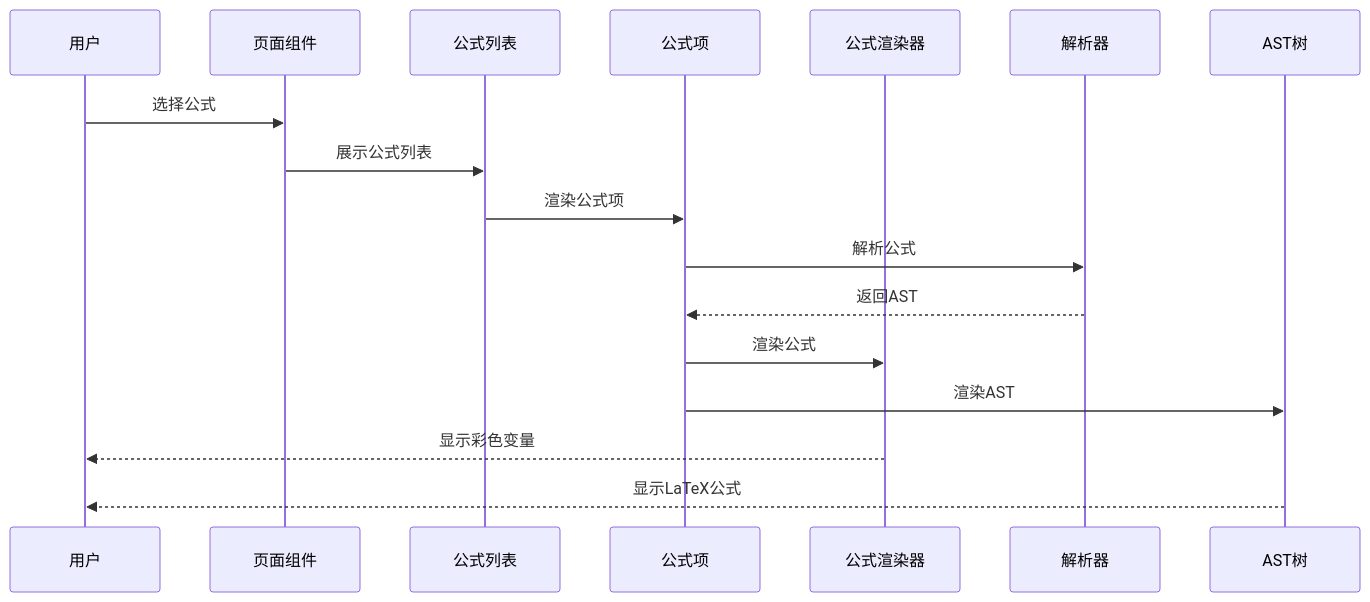
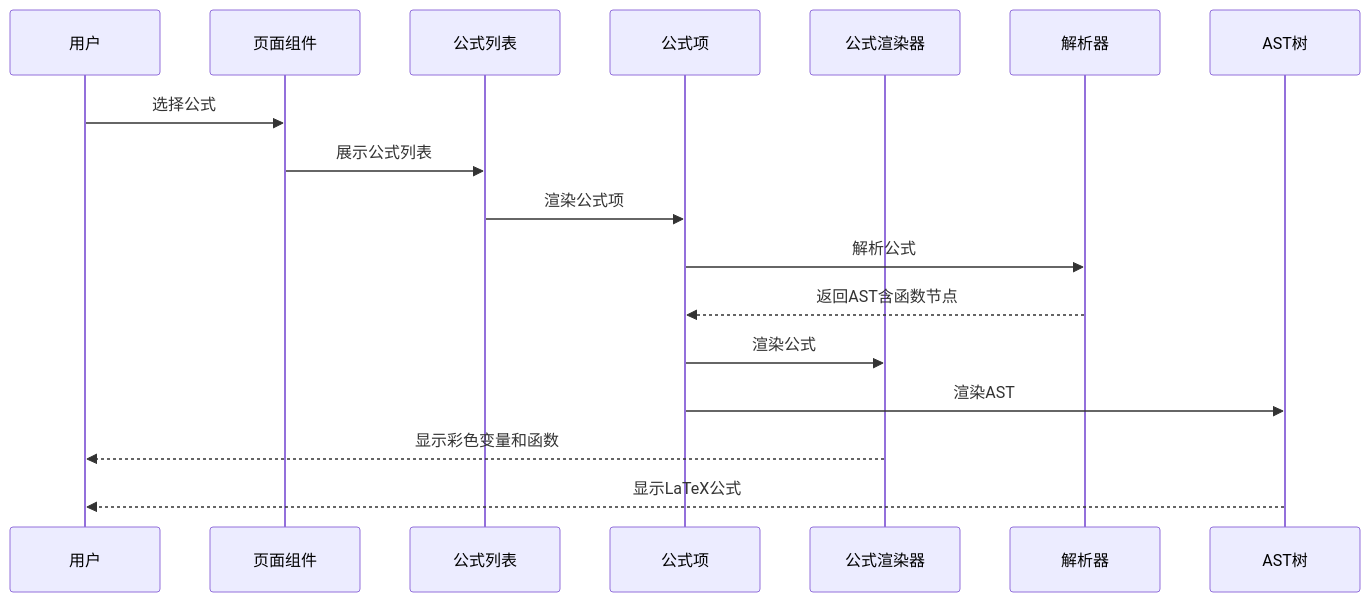
The second of 7 diagrams in .qoder/repowiki/zh/content/用户指南/可视化展示/可视化展示.md (steveyu2/formula-mapper), drawn with Mermaid before and after one commit. The commit also changed other lines of this file and 10 other files, not shown here.

````diff
--- a/.qoder/repowiki/zh/content/用户指南/可视化展示/可视化展示.md
+++ b/.qoder/repowiki/zh/content/用户指南/可视化展示/可视化展示.md
@@ -132,19 +153,19 @@
 ```mermaid
 sequenceDiagram
 participant User as 用户
 participant Page as 页面组件
 participant List as 公式列表
 participant Item as 公式项
 participant Renderer as 公式渲染器
 participant Parser as 解析器
 participant Tree as AST树
 User->>Page : 选择公式
 Page->>List : 展示公式列表
 List->>Item : 渲染公式项
 Item->>Parser : 解析公式
-Parser-->>Item : 返回AST
+Parser-->>Item : 返回AST含函数节点
 Item->>Renderer : 渲染公式
 Item->>Tree : 渲染AST
-Renderer-->>User : 显示彩色变量
+Renderer-->>User : 显示彩色变量和函数
 Tree-->>User : 显示LaTeX公式
 ```
````
